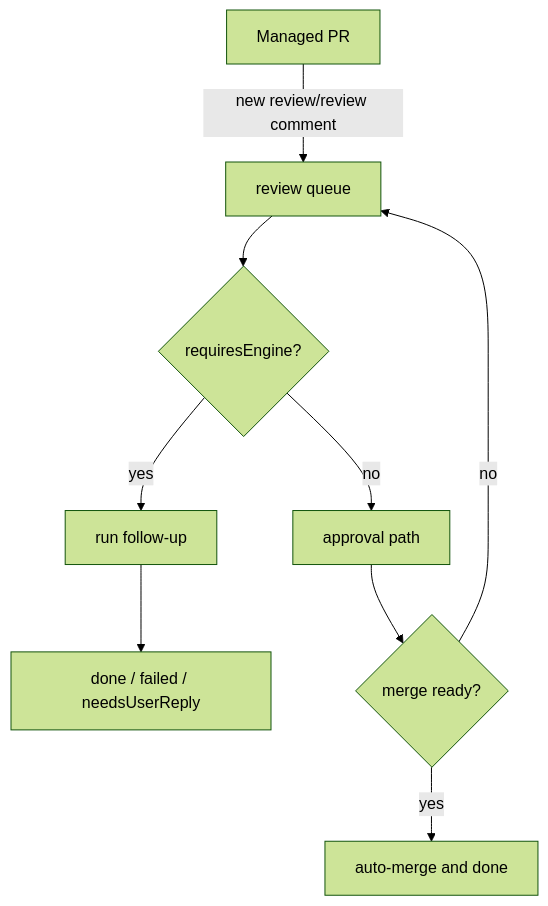
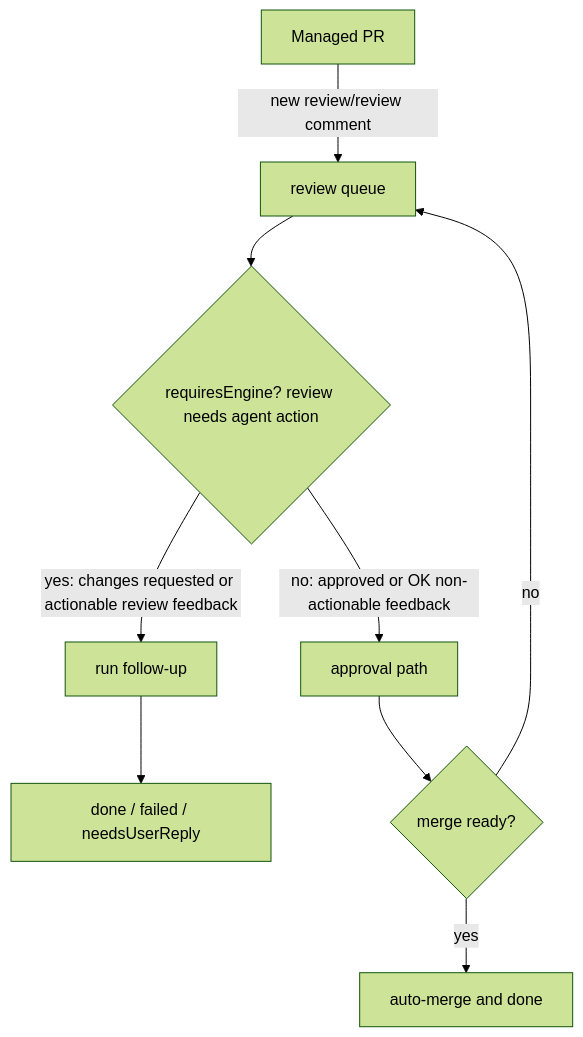
One commit to metyatech/agent-runner changed the second of 2 diagrams in README.md. Above: the diagram before and after it, drawn with Mermaid (forest theme). The commit also changed other lines of this file, not shown here.

Commit message:
docs: clarify requiresEngine follow-up decision flow

````diff
--- a/README.md
+++ b/README.md
@@ -488,11 +488,11 @@
 ```mermaid
 flowchart TD
   A[Managed PR] -->|new review/review comment| B[review queue]
-  B --> C{requiresEngine?}
-  C -->|yes| D[run follow-up]
+  B --> C{requiresEngine? review needs agent action}
+  C -->|yes: changes requested or actionable review feedback| D[run follow-up]
   D --> E[done / failed / needsUserReply]
-  C -->|no| F[approval path]
+  C -->|no: approved or OK non-actionable feedback| F[approval path]
   F --> G{merge ready?}
   G -->|yes| H[auto-merge and done]
   G -->|no| B
 ```
````
